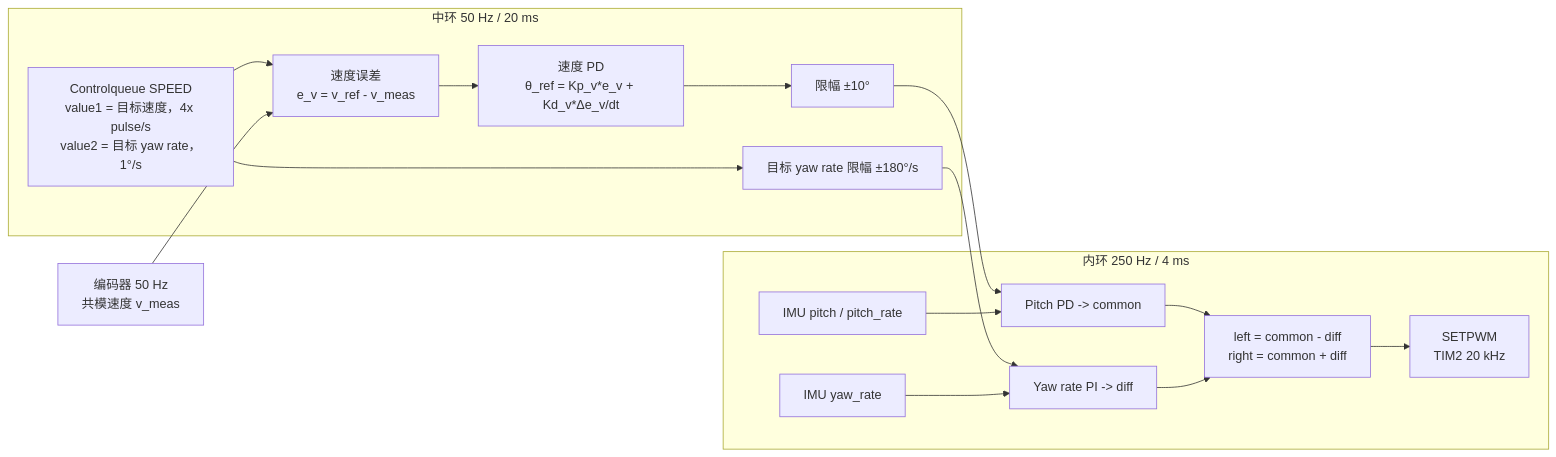
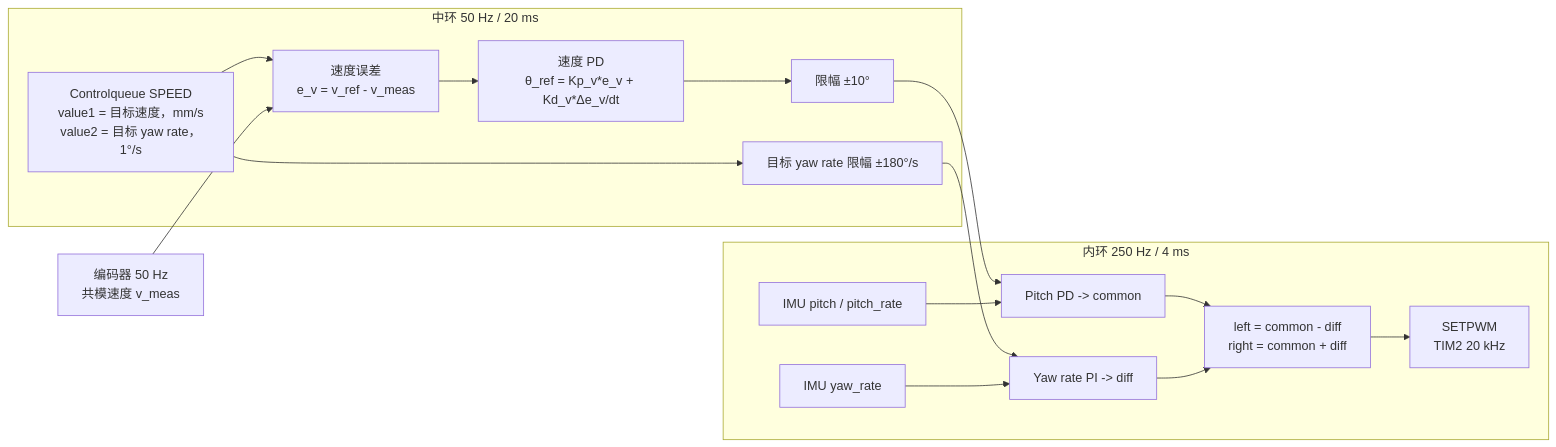
Before and after one commit to zitzengzit-png/CQUelectest2026: the third of 5 diagrams in prj/elet2026/tasks/PID_CONTROL_DIAGRAM.md, drawn with Mermaid. The commit also changed other lines of this file and 9 other files, not shown here.

````diff
--- a/prj/elet2026/tasks/PID_CONTROL_DIAGRAM.md
+++ b/prj/elet2026/tasks/PID_CONTROL_DIAGRAM.md
@@ -109,21 +109,21 @@
 ```mermaid
 flowchart LR
-    CMD["Controlqueue SPEED<br/>value1 = 目标速度，4x pulse/s<br/>value2 = 目标 yaw rate，1°/s"] --> EV["速度误差<br/>e_v = v_ref - v_meas"]
+    CMD["Controlqueue SPEED<br/>value1 = 目标速度，mm/s<br/>value2 = 目标 yaw rate，1°/s"] --> EV["速度误差<br/>e_v = v_ref - v_meas"]
     ENC["编码器 50 Hz<br/>共模速度 v_meas"] --> EV
 
     subgraph MID["中环 50 Hz / 20 ms"]
         EV --> PD["速度 PD<br/>θ_ref = Kp_v*e_v + Kd_v*Δe_v/dt"]
         PD --> CLP["限幅 ±10°"]
         CMD --> CLY["目标 yaw rate 限幅 ±180°/s"]
     end
 
     subgraph INNER["内环 250 Hz / 4 ms"]
         CLP --> PITCH["Pitch PD -> common"]
         IMUP["IMU pitch / pitch_rate"] --> PITCH
         CLY --> YAW["Yaw rate PI -> diff"]
         IMUY["IMU yaw_rate"] --> YAW
         PITCH --> MIX["left = common - diff<br/>right = common + diff"]
         YAW --> MIX
         MIX --> OUT["SETPWM<br/>TIM2 20 kHz"]
     end
 ```
````
